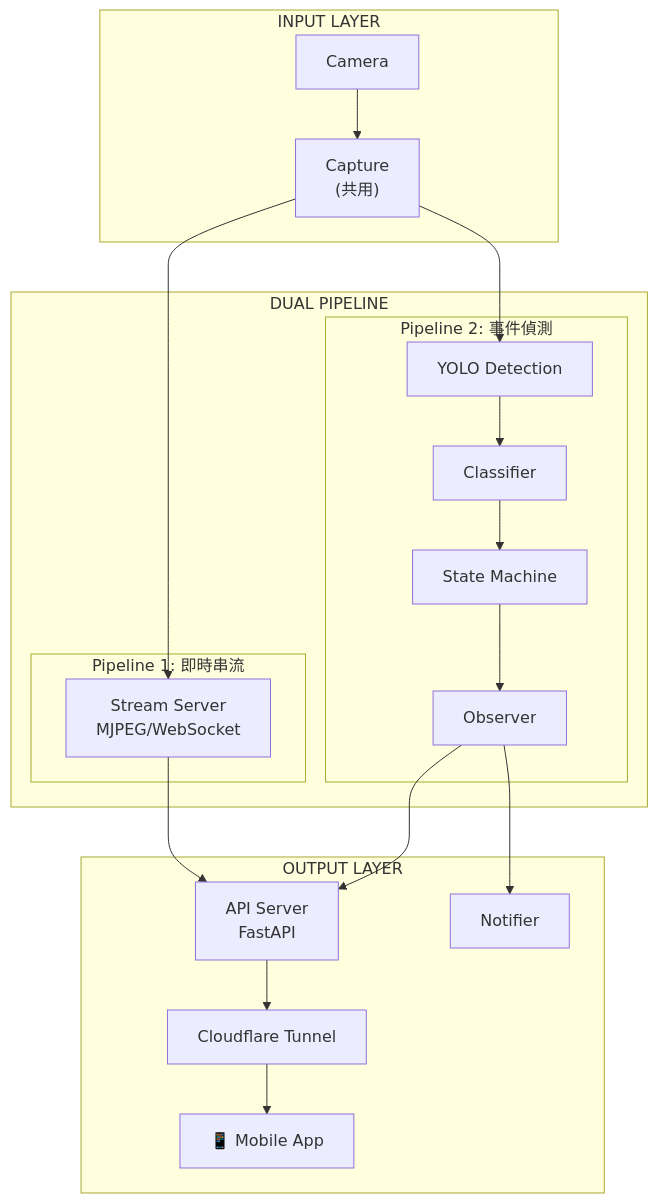
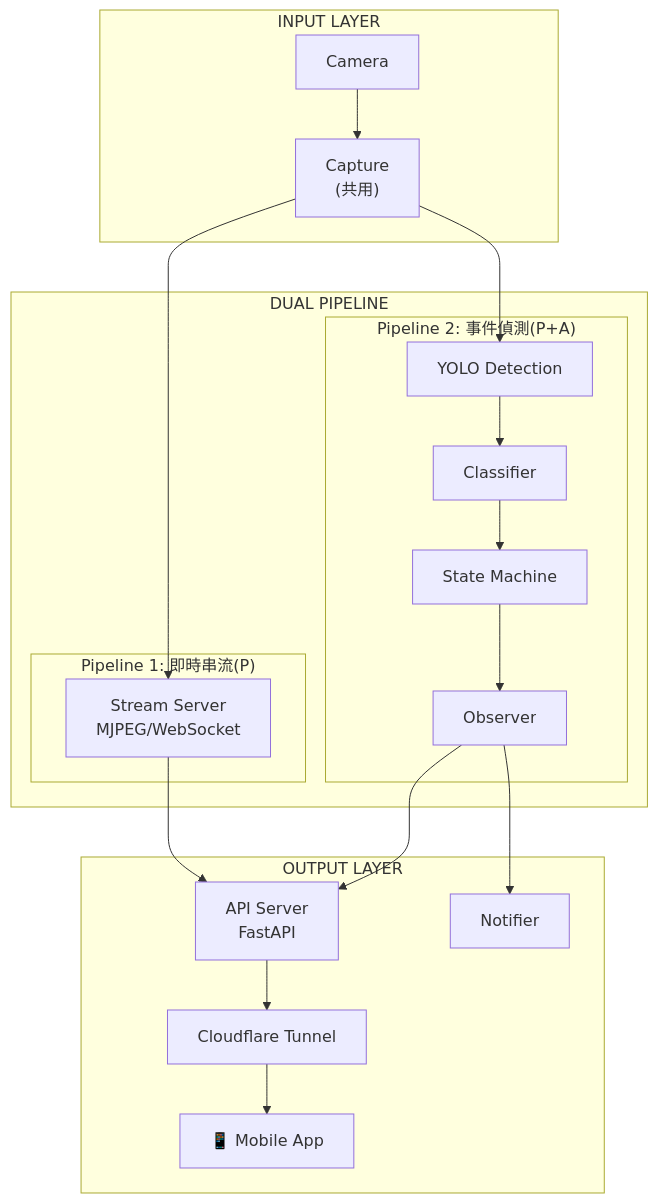
The second of 11 diagrams in docs/ARCHITECTURE.md (kionce57/FDS), drawn with Mermaid before and after one commit. The commit also changed 2 other files, not shown here.

Commit message:
chore: archive completed plans and update architecture docs
- Archive 2026-01-05-keypoint-smoother-pipeline-integration.md (completed)
- Archive 2026-01-06-remove-pipeline-refactor.md (completed)
- Update ARCHITECTURE.md pipeline labels with (P) and (P+A) annotations

🤖 Generated with [Claude Code](https://claude.com/claude-code)

````diff
--- a/docs/ARCHITECTURE.md
+++ b/docs/ARCHITECTURE.md
@@ -137,40 +137,40 @@
 ```mermaid
 graph TD
     subgraph Input["INPUT LAYER"]
         Camera["Camera"]
         Capture["Capture<br/>(共用)"]
         Camera --> Capture
     end
 
     subgraph Pipelines["DUAL PIPELINE"]
-        subgraph P1["Pipeline 1: 即時串流"]
+        subgraph P1["Pipeline 1: 即時串流(P)"]
             StreamServer["Stream Server<br/>MJPEG/WebSocket"]
         end
         
-        subgraph P2["Pipeline 2: 事件偵測"]
+        subgraph P2["Pipeline 2: 事件偵測(P+A)"]
             YOLO["YOLO Detection"]
             Classifier["Classifier"]
             StateMachine["State Machine"]
             Observer["Observer"]
         end
     end
 
     subgraph Output["OUTPUT LAYER"]
         API["API Server<br/>FastAPI"]
         Notifier["Notifier"]
         Tunnel["Cloudflare Tunnel"]
         App["📱 Mobile App"]
     end
 
     Capture --> StreamServer
     Capture --> YOLO
     YOLO --> Classifier
     Classifier --> StateMachine
     StateMachine --> Observer
 
     StreamServer --> API
     Observer --> Notifier
     Observer --> API
     API --> Tunnel
     Tunnel --> App
 ```
````
